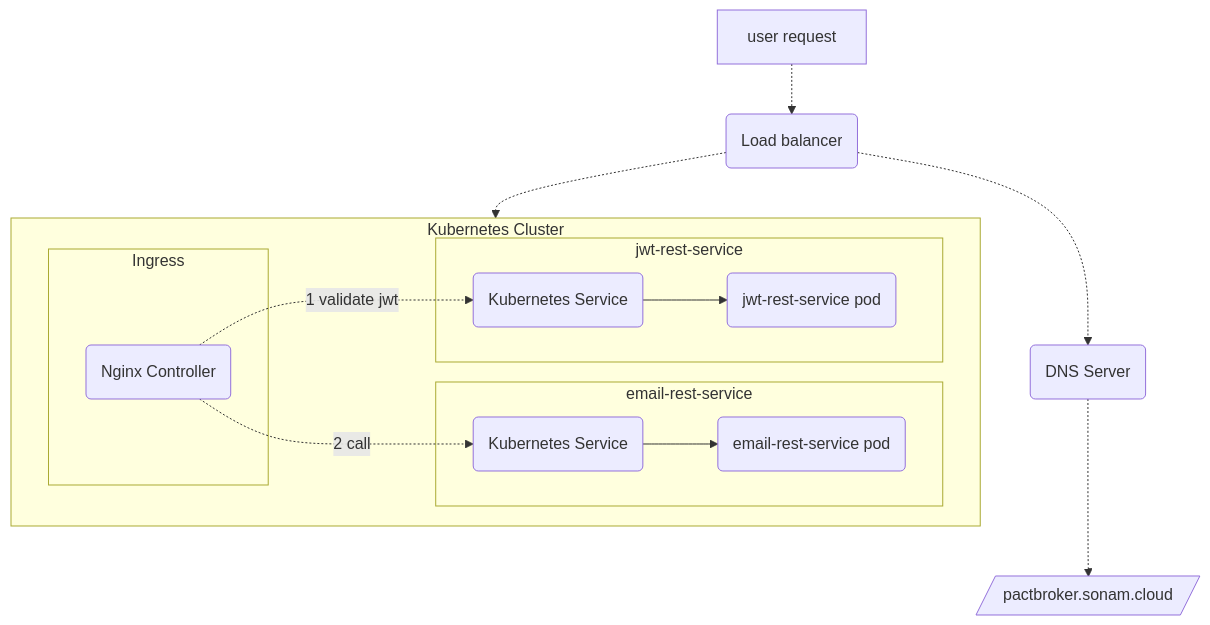
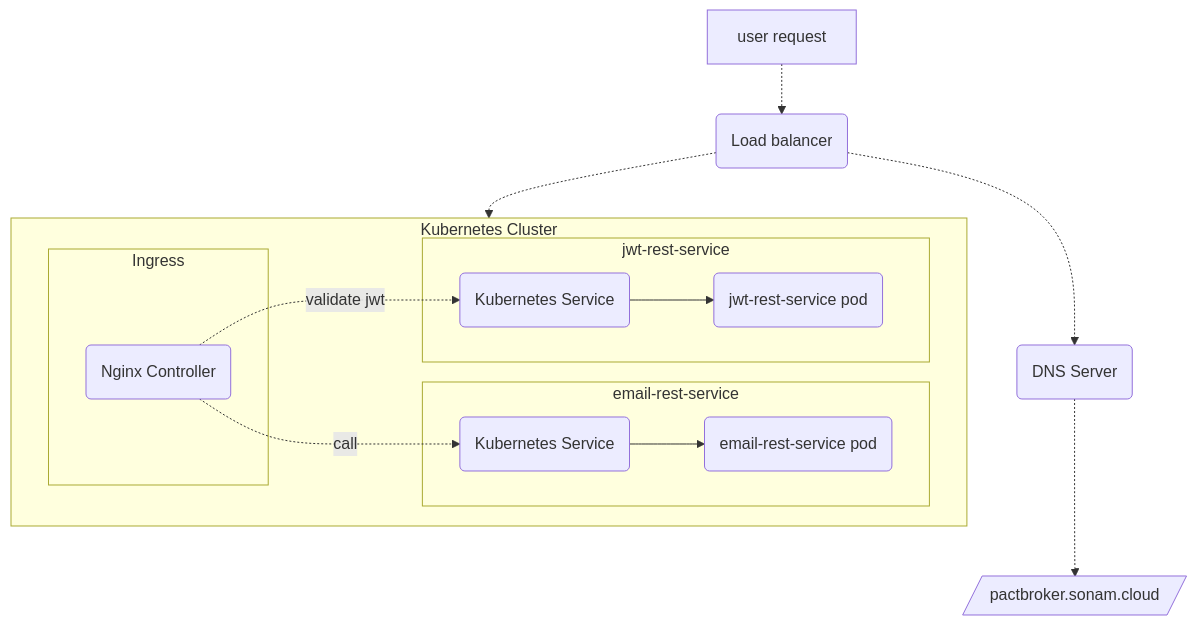
Before and after one commit to sonamsamdupkhangsar/sonamsamdupkhangsar.github.io: the first of 4 diagrams in README.md, drawn with Mermaid.

Commit message:
add jwt-rest-service

````diff
--- a/README.md
+++ b/README.md
@@ -12,23 +12,23 @@
 ```mermaid
 flowchart TD
     A[user request] -.-> B(Load balancer)
     B -.-> C(DNS Server)
     C -.-> D[/pactbroker.sonam.cloud/]
     subgraph k8[Kubernetes Cluster]
     subgraph ingress[Ingress]
     F(Nginx Controller)
     end
     subgraph app[email-rest-service]
     G(Kubernetes Service)
     G --> H(email-rest-service pod)
     end    
     subgraph jwt[jwt-rest-service]
     I(Kubernetes Service)
     I --> J(jwt-rest-service pod)
     end    
     end
-    F -. 2 call .-> G
-    F -. 1 validate jwt .-> I
-    B -.-> k8    
+    F -. call .-> G
+    F -. validate jwt .-> I
+    B -.-> k8
 
 ```
````
